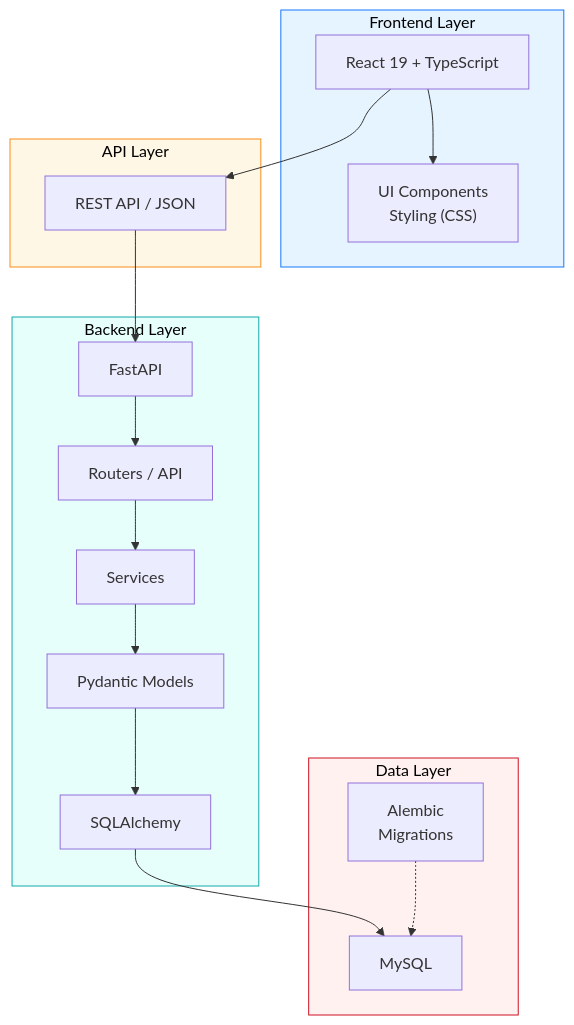
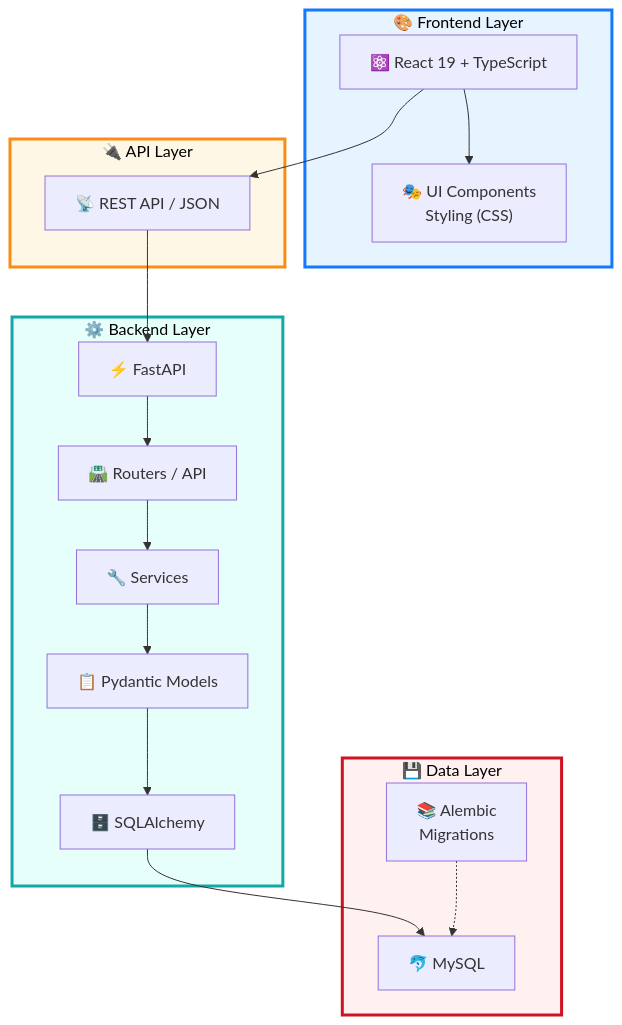
One commit to prajOpenSource/ReactFastAPI changed the diagram in README.md. Above: the diagram before and after it, drawn with Mermaid. The commit also changed other lines of this file, not shown here.

````diff
--- a/README.md
+++ b/README.md
@@ -7,39 +7,39 @@
 ```mermaid
 graph TB
-    subgraph Frontend["Frontend Layer"]
-        React["React 19 + TypeScript"]
-        UI["UI Components\nStyling (CSS)"]
+    subgraph Frontend["🎨 Frontend Layer"]
+        React["⚛️ React 19 + TypeScript"]
+        UI["🎭 UI Components<br/>Styling (CSS)"]
     end
 
-    subgraph API["API Layer"]
-        REST["REST API / JSON"]
+    subgraph API["🔌 API Layer"]
+        REST["📡 REST API / JSON"]
     end
 
-    subgraph Backend["Backend Layer"]
-        FastAPI["FastAPI"]
-        Routers["Routers / API"]
-        Services["Services"]
-        Models["Pydantic Models"]
-        SQLAlchemy["SQLAlchemy"]
+    subgraph Backend["⚙️ Backend Layer"]
+        FastAPI["⚡ FastAPI"]
+        Routers["🛣️ Routers / API"]
+        Services["🔧 Services"]
+        Models["📋 Pydantic Models"]
+        SQLAlchemy["🗄️ SQLAlchemy"]
     end
 
-    subgraph Database["Data Layer"]
-        MySQL["MySQL"]
-        Alembic["Alembic\nMigrations"]
+    subgraph Database["💾 Data Layer"]
+        MySQL["🐬 MySQL"]
+        Alembic["📚 Alembic<br/>Migrations"]
     end
 
     React --> UI
     React --> REST
     REST --> FastAPI
     FastAPI --> Routers
     Routers --> Services
     Services --> Models
     Models --> SQLAlchemy
     SQLAlchemy --> MySQL
     Alembic -.-> MySQL
 
-    style Frontend fill:#e6f4ff,stroke:#1677ff,color:#000
-    style API fill:#fff7e6,stroke:#fa8c16,color:#000
-    style Backend fill:#e6fffb,stroke:#13a8a8,color:#000
-    style Database fill:#fff1f0,stroke:#cf1322,color:#000
+    style Frontend fill:#e6f4ff,stroke:#1677ff,color:#000,stroke-width:3px
+    style API fill:#fff7e6,stroke:#fa8c16,color:#000,stroke-width:3px
+    style Backend fill:#e6fffb,stroke:#13a8a8,color:#000,stroke-width:3px
+    style Database fill:#fff1f0,stroke:#cf1322,color:#000,stroke-width:3px
 ```
````
